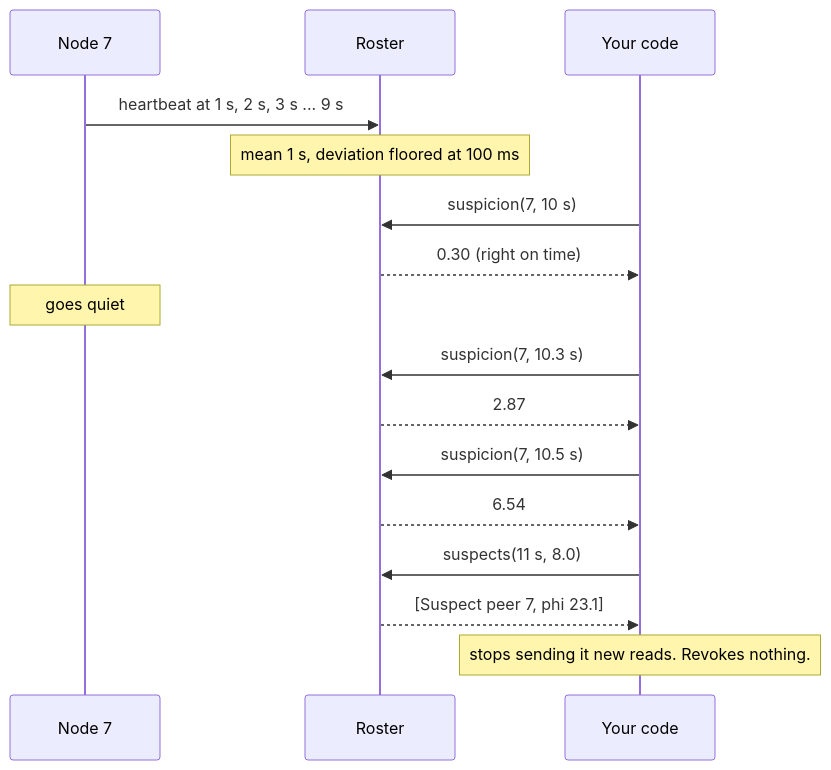
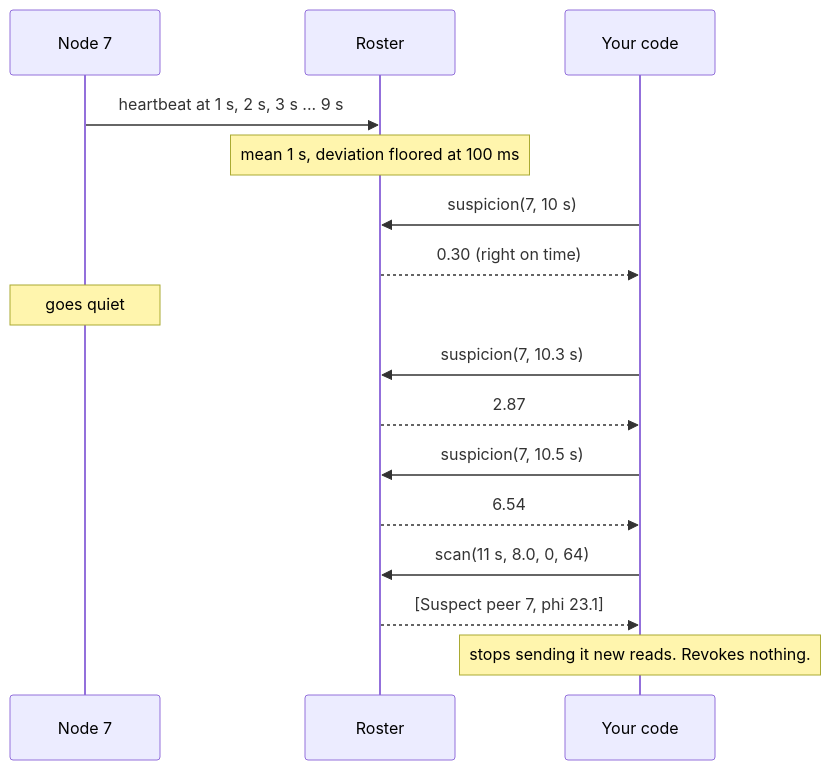
The second of 2 diagrams in README.md (seuros/suspect_machines), drawn with Mermaid before and after one commit. The commit also changed other lines of this file and 18 other files, not shown here.

````diff
--- a/README.md
+++ b/README.md
@@ -81,19 +82,19 @@
 ```mermaid
 sequenceDiagram
     participant N as Node 7
     participant R as Roster
     participant Y as Your code
 
     N->>R: heartbeat at 1 s, 2 s, 3 s ... 9 s
     Note over R: mean 1 s, deviation floored at 100 ms
     Y->>R: suspicion(7, 10 s)
     R-->>Y: 0.30 (right on time)
     Note over N: goes quiet
     Y->>R: suspicion(7, 10.3 s)
     R-->>Y: 2.87
     Y->>R: suspicion(7, 10.5 s)
     R-->>Y: 6.54
-    Y->>R: suspects(11 s, 8.0)
+    Y->>R: scan(11 s, 8.0, 0, 64)
     R-->>Y: [Suspect peer 7, phi 23.1]
     Note over Y: stops sending it new reads. Revokes nothing.
 ```
````
